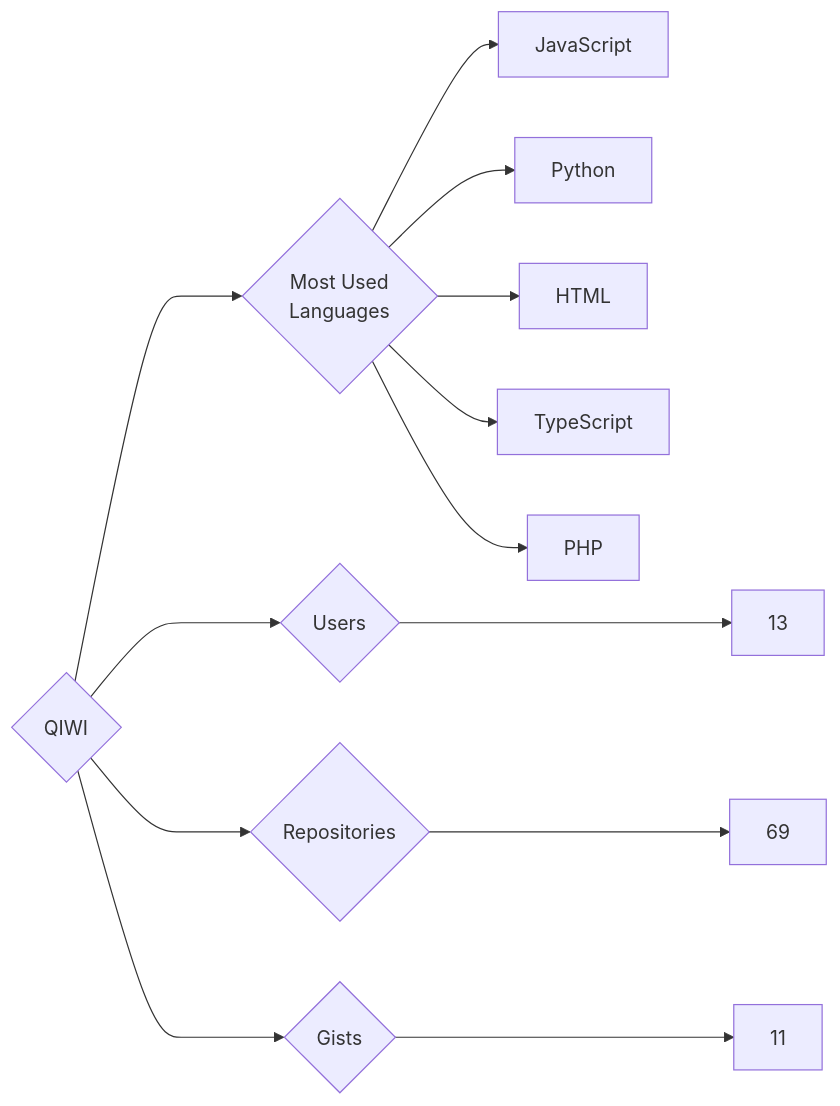
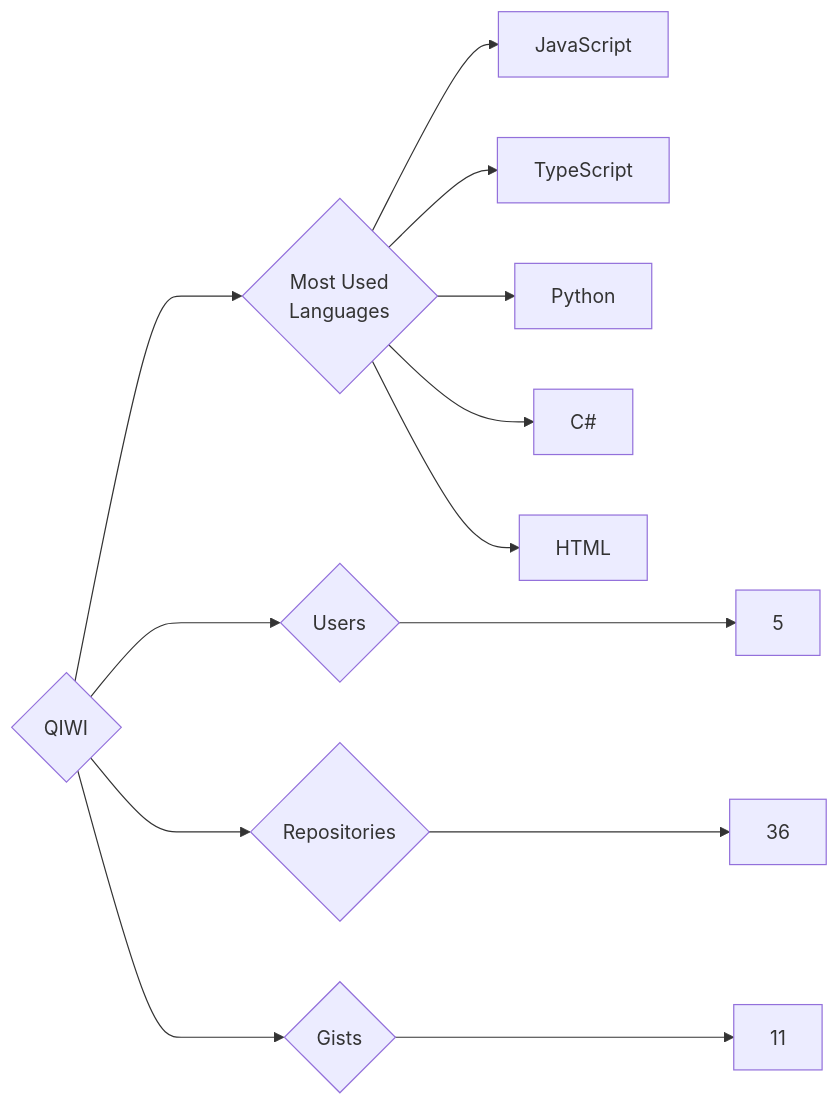
The diagram in targets/QIWI/README.md (trickest/insiders), drawn with Mermaid before and after one commit. The commit also changed 444 other files, not shown here.

````diff
--- a/targets/QIWI/README.md
+++ b/targets/QIWI/README.md
@@ -3,13 +3,13 @@
 ```mermaid
 graph LR
 COMPANY_NAME{QIWI}
-COMPANY_NAME ---> U{Users} ---> UN[13]
-COMPANY_NAME ---> R{Repositories} ---> RN[69]
+COMPANY_NAME ---> U{Users} ---> UN[5]
+COMPANY_NAME ---> R{Repositories} ---> RN[36]
 COMPANY_NAME ---> G{Gists} ---> GN[11]
 COMPANY_NAME ---> ML{Most Used<br>Languages}
 ML --> JavaScript[JavaScript]
+ML --> TypeScript[TypeScript]
 ML --> Python[Python]
+ML --> C#[C#]
 ML --> HTML[HTML]
-ML --> TypeScript[TypeScript]
-ML --> PHP[PHP]
 ```
````
